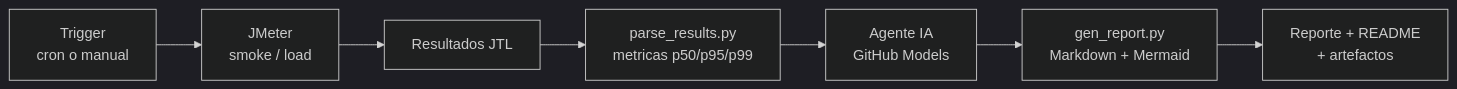
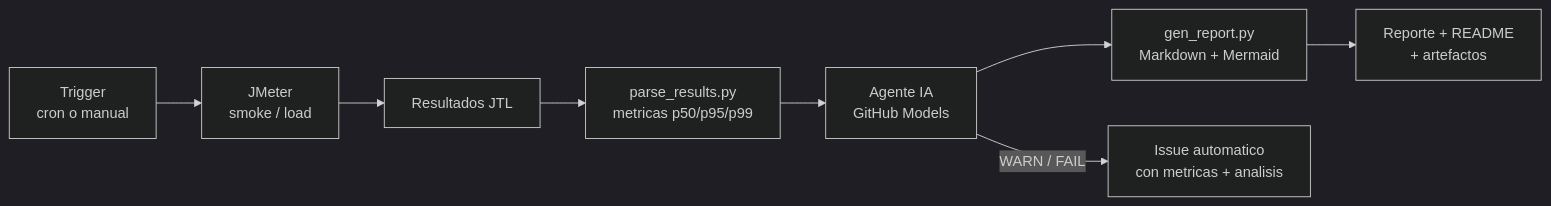
One commit to rba3/Lab_CD_CI_Perfomance changed the diagram in README.md. Above: the diagram before and after it, drawn with Mermaid (dark theme). The commit also changed other lines of this file and 1 other file, not shown here.

First line of the commit message:
Cierre de ciclo: abrir issue automatico cuando el performance sale WARN o FAIL

````diff
--- a/README.md
+++ b/README.md
@@ -32,9 +32,10 @@
 ```mermaid
 flowchart LR
     A[Trigger<br/>cron o manual] --> B[JMeter<br/>smoke / load]
     B --> C[Resultados JTL]
     C --> D[parse_results.py<br/>metricas p50/p95/p99]
     D --> E[Agente IA<br/>GitHub Models]
     E --> F[gen_report.py<br/>Markdown + Mermaid]
     F --> G[Reporte + README<br/>+ artefactos]
+    E -->|WARN / FAIL| H[Issue automatico<br/>con metricas + analisis]
 ```
````
